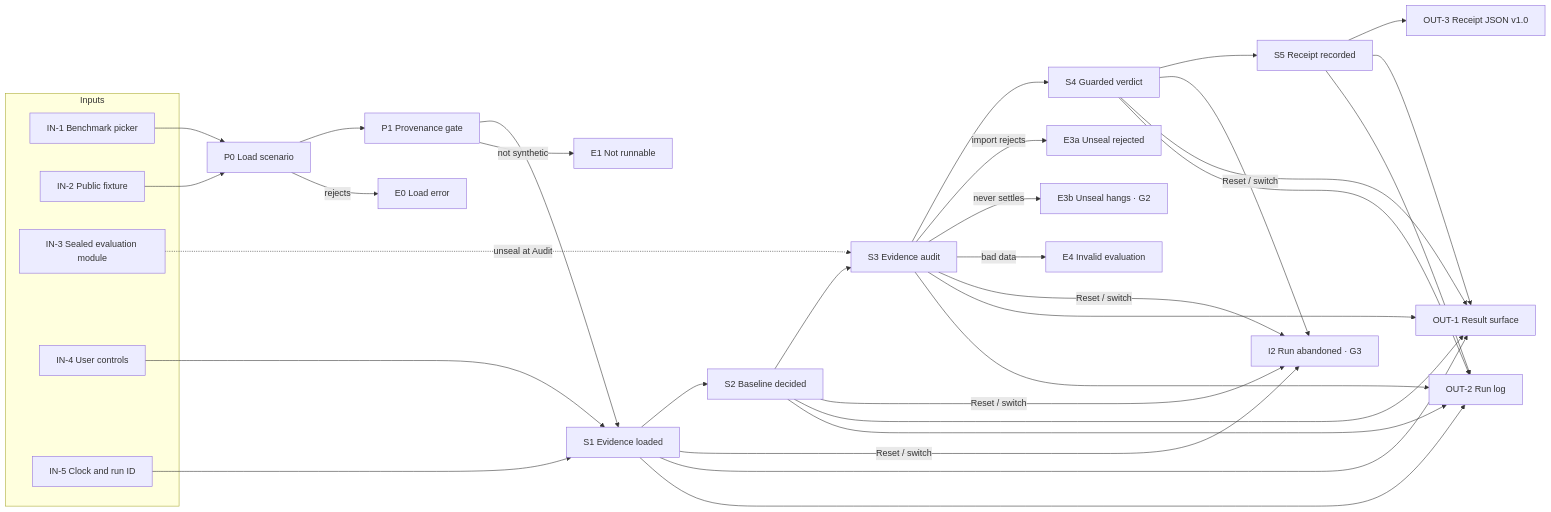
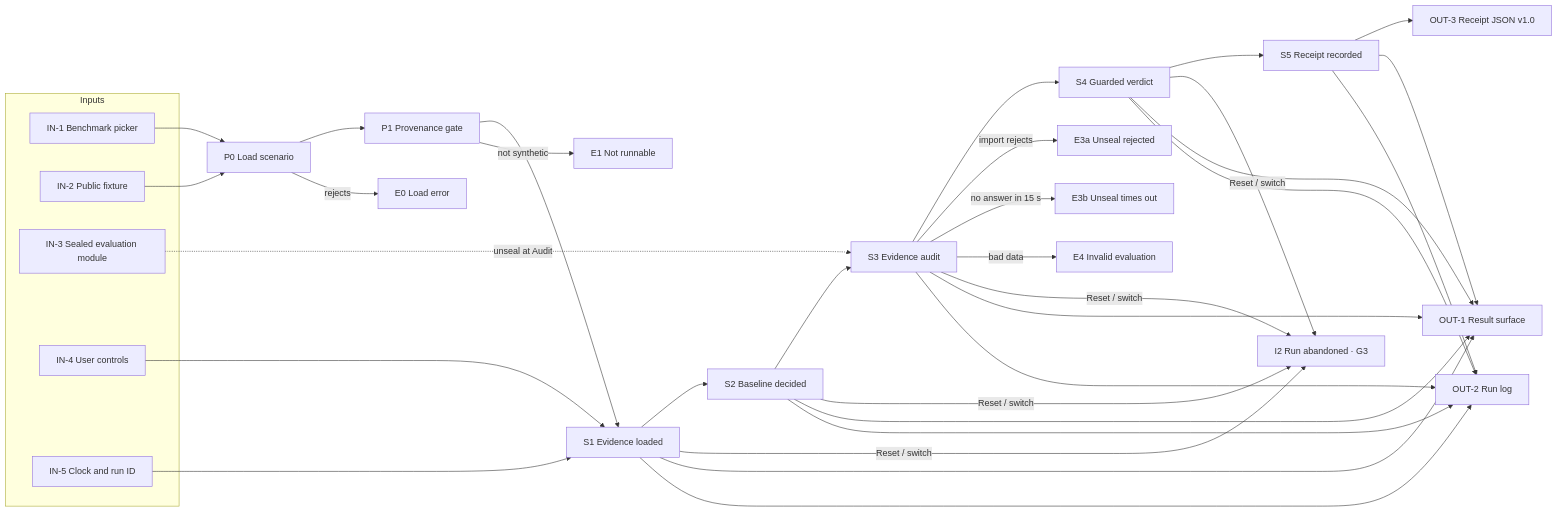
The diagram in docs/PIPELINE.md (neomatrix369/falsifybench), drawn with Mermaid before and after one commit. The commit also changed other lines of this file and 5 other files, not shown here.

````diff
--- a/docs/PIPELINE.md
+++ b/docs/PIPELINE.md
@@ -9,26 +9,26 @@
 ```mermaid
 flowchart LR
   subgraph IN[Inputs]
     IN1[IN-1 Benchmark picker]
     IN2[IN-2 Public fixture]
     IN3[IN-3 Sealed evaluation module]
     IN4[IN-4 User controls]
     IN5[IN-5 Clock and run ID]
   end
   P0[P0 Load scenario] --> P1[P1 Provenance gate]
   P1 --> S1[S1 Evidence loaded] --> S2[S2 Baseline decided] --> S3[S3 Evidence audit] --> S4[S4 Guarded verdict] --> S5[S5 Receipt recorded]
   IN1 --> P0
   IN2 --> P0
   IN3 -. unseal at Audit .-> S3
   IN4 --> S1
   IN5 --> S1
   P0 -- rejects --> E0[E0 Load error]
   P1 -- not synthetic --> E1[E1 Not runnable]
   S3 -- import rejects --> E3a[E3a Unseal rejected]
-  S3 -- never settles --> E3b[E3b Unseal hangs · G2]
+  S3 -- no answer in 15 s --> E3b[E3b Unseal times out]
   S3 -- bad data --> E4[E4 Invalid evaluation]
   S1 & S2 & S3 & S4 -- Reset / switch --> I2[I2 Run abandoned · G3]
   S5 --> OUT3[OUT-3 Receipt JSON v1.0]
   S1 & S2 & S3 & S4 & S5 --> OUT1[OUT-1 Result surface]
   S1 & S2 & S3 & S4 & S5 --> OUT2[OUT-2 Run log]
 ```
````
